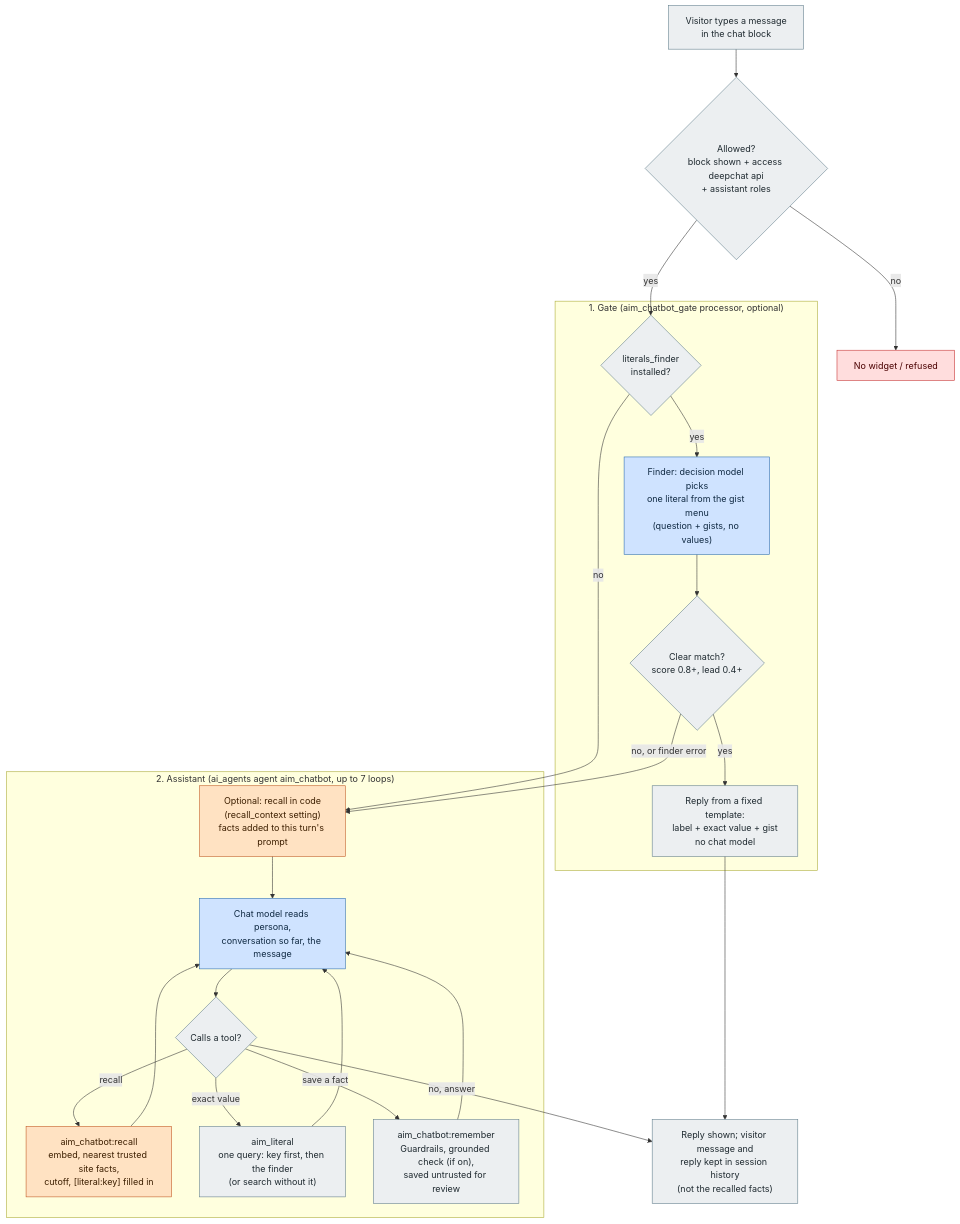
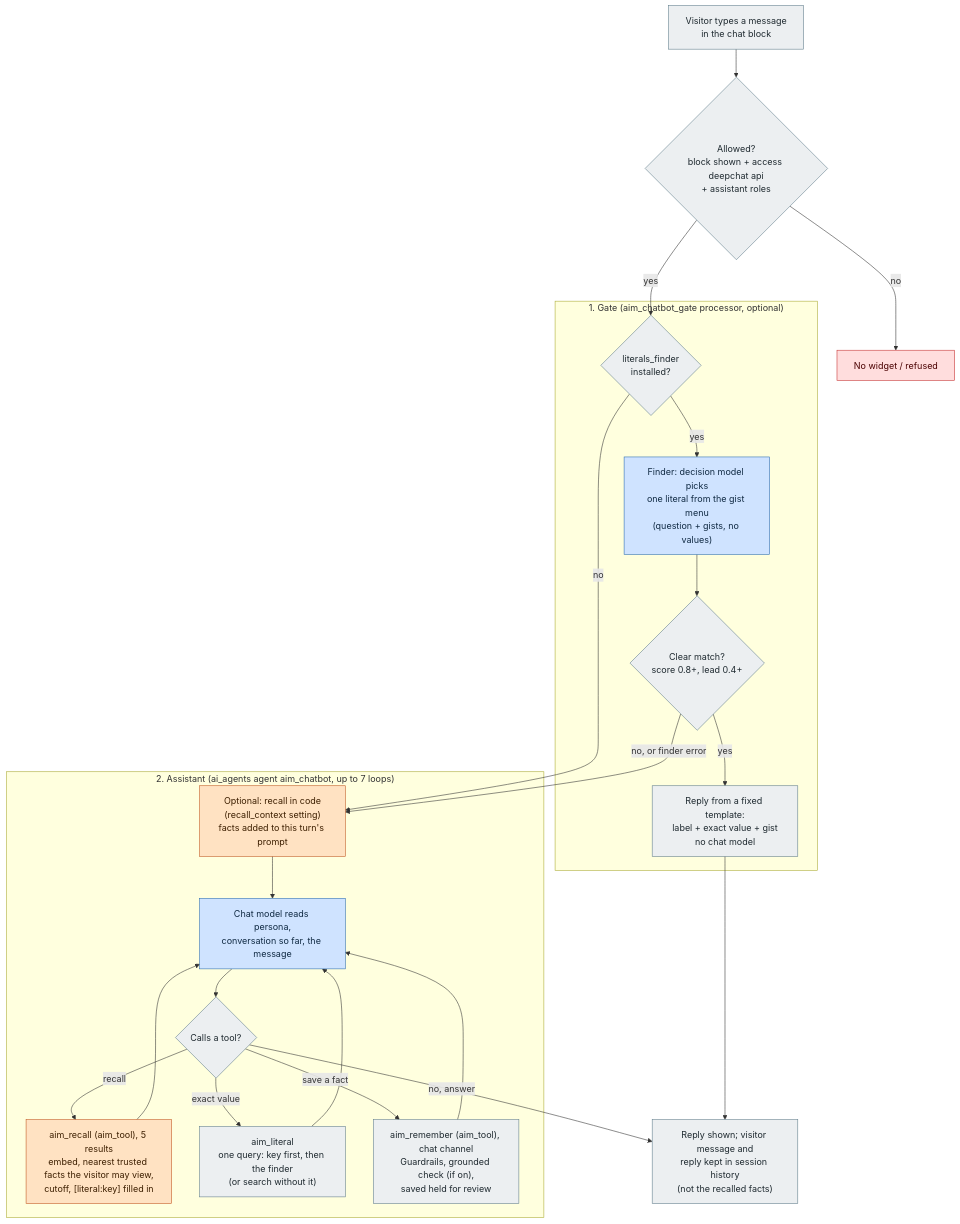
One commit to NikLP/aim changed the sixth of 6 diagrams in adr/workflow-diagram.md. Above: the diagram before and after it, drawn with Mermaid. The commit also changed other lines of this file and 33 other files, not shown here.

````diff
--- a/adr/workflow-diagram.md
+++ b/adr/workflow-diagram.md
@@ -362,42 +362,42 @@
 ```mermaid
 flowchart TD
   classDef llm fill:#cfe3ff,stroke:#2b6cb0,color:#102a43
   classDef vec fill:#ffe2c2,stroke:#c05621,color:#3d1f00
   classDef code fill:#eceff1,stroke:#607d8b,color:#1f2a30
   classDef bad fill:#fdd,stroke:#c53030,color:#4a0000
 
   V["Visitor types a message<br/>in the chat block"]:::code
   ACC{"Allowed?<br/>block shown + access deepchat api<br/>+ assistant roles"}:::code
   NO["No widget / refused"]:::bad
 
   subgraph GATE["1. Gate (aim_chatbot_gate processor, optional)"]
     G1{"literals_finder<br/>installed?"}:::code
     G2["Finder: decision model picks<br/>one literal from the gist menu<br/>(question + gists, no values)"]:::llm
     G3{"Clear match?<br/>score 0.8+, lead 0.4+"}:::code
     G4["Reply from a fixed template:<br/>label + exact value + gist<br/>no chat model"]:::code
   end
 
   subgraph AGENT["2. Assistant (ai_agents agent aim_chatbot, up to 7 loops)"]
     P["Optional: recall in code<br/>(recall_context setting)<br/>facts added to this turn's prompt"]:::vec
     M["Chat model reads persona,<br/>conversation so far, the message"]:::llm
     T{"Calls a tool?"}:::code
-    R["aim_chatbot:recall<br/>embed, nearest trusted site facts,<br/>cutoff, [literal:key] filled in"]:::vec
+    R["aim_recall (aim_tool), 5 results<br/>embed, nearest trusted facts the visitor may view,<br/>cutoff, [literal:key] filled in"]:::vec
     L["aim_literal<br/>one query: key first, then the finder<br/>(or search without it)"]:::code
-    W["aim_chatbot:remember<br/>Guardrails, grounded check (if on),<br/>saved untrusted for review"]:::code
+    W["aim_remember (aim_tool), chat channel<br/>Guardrails, grounded check (if on),<br/>saved held for review"]:::code
   end
 
   OUT["Reply shown; visitor message and<br/>reply kept in session history<br/>(not the recalled facts)"]:::code
 
   V --> ACC
   ACC -->|no| NO
   ACC -->|yes| G1
   G1 -->|no| P
   G1 -->|yes| G2 --> G3
   G3 -->|yes| G4 --> OUT
   G3 -->|"no, or finder error"| P
   P --> M --> T
   T -->|recall| R --> M
   T -->|exact value| L --> M
   T -->|save a fact| W --> M
   T -->|"no, answer"| OUT
 ```
````
